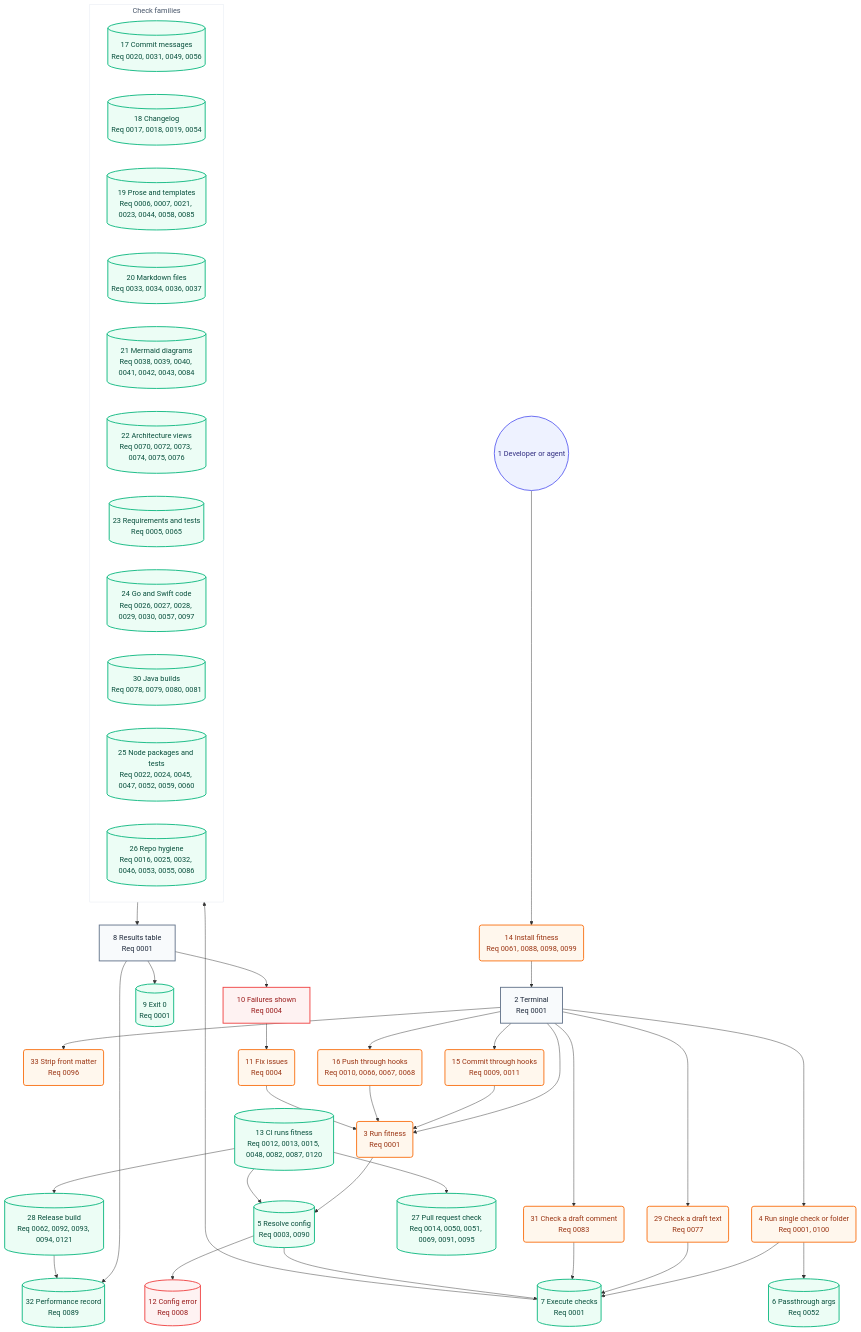
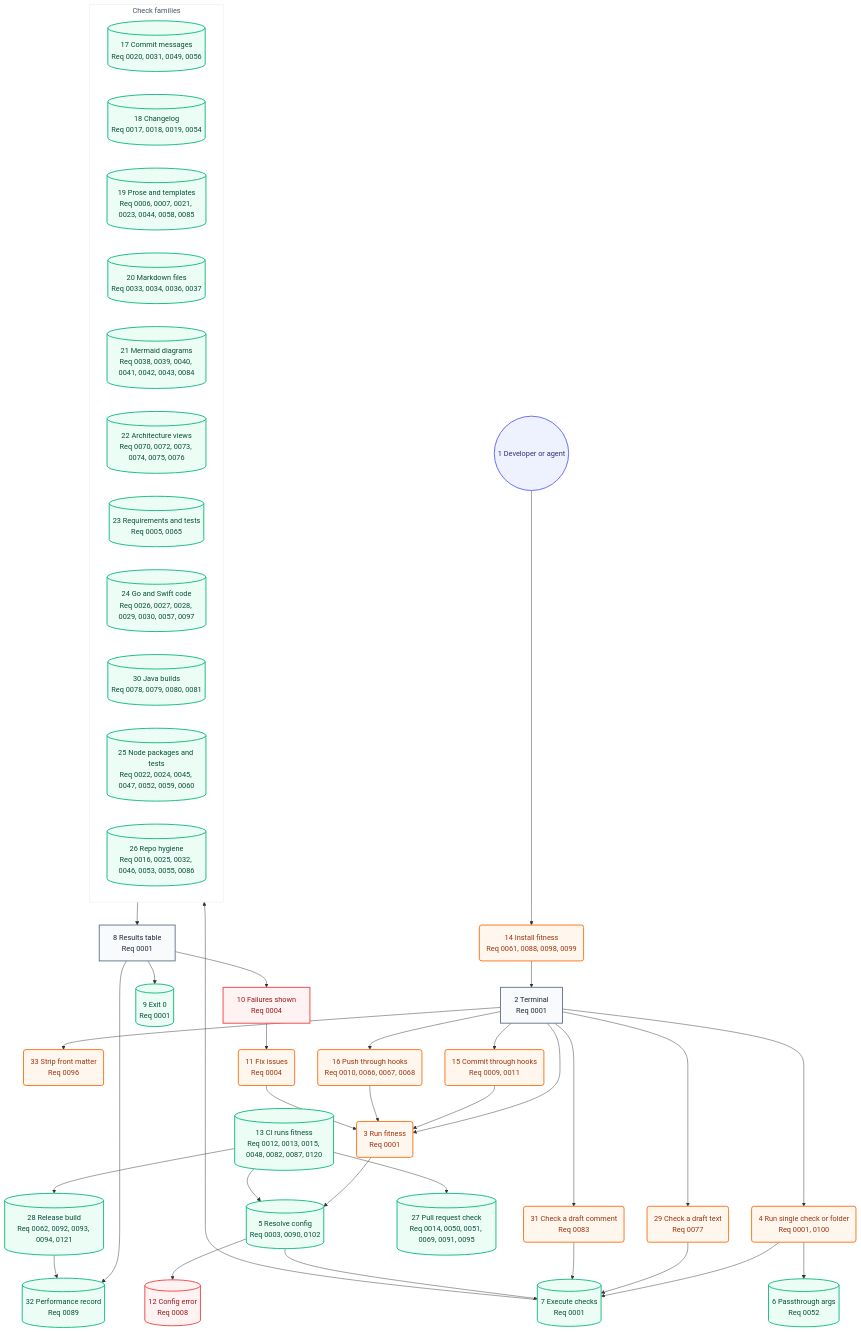
Before and after one commit to may-journal/fitness-runner: the second of 2 diagrams in docs/architecture/05-user-journey.md, drawn with Mermaid. The commit also changed 19 other files, not shown here.

First line of the commit message:
feat(config): add fitness config and fitness config schema (#577)

````diff
--- a/docs/architecture/05-user-journey.md
+++ b/docs/architecture/05-user-journey.md
@@ -40,78 +40,78 @@
 ```mermaid
 flowchart TB
     dev((1 Developer or agent)):::persona
     install(14 Install fitness<br/>Req 0061, 0088, 0098, 0099):::action
     terminal[2 Terminal<br/>Req 0001]:::screen
     runFull(3 Run fitness<br/>Req 0001):::action
     runSingle(4 Run single check or folder<br/>Req 0001, 0100):::action
     runBlob(29 Check a draft text<br/>Req 0077):::action
     runComment(31 Check a draft comment<br/>Req 0083):::action
     stripFront(33 Strip front matter<br/>Req 0096):::action
     commitHook(15 Commit through hooks<br/>Req 0009, 0011):::action
     pushHook(16 Push through hooks<br/>Req 0010, 0066, 0067, 0068):::action
-    resolveConfig[(5 Resolve config<br/>Req 0003, 0090)]:::system
+    resolveConfig[(5 Resolve config<br/>Req 0003, 0090, 0102)]:::system
     passArgs[(6 Passthrough args<br/>Req 0052)]:::system
     executeChecks[(7 Execute checks<br/>Req 0001)]:::system
 
     subgraph checks["Check families"]
         commitChecks[(17 Commit messages<br/>Req 0020, 0031, 0049, 0056)]:::system
         changelogChecks[(18 Changelog<br/>Req 0017, 0018, 0019, 0054)]:::system
         proseChecks[(19 Prose and templates<br/>Req 0006, 0007, 0021, 0023, 0044, 0058, 0085)]:::system
         markdownChecks[(20 Markdown files<br/>Req 0033, 0034, 0036, 0037)]:::system
         mermaidChecks[(21 Mermaid diagrams<br/>Req 0038, 0039, 0040, 0041, 0042, 0043, 0084)]:::system
         architectureChecks[(22 Architecture views<br/>Req 0070, 0072, 0073, 0074, 0075, 0076)]:::system
         requirementChecks[(23 Requirements and tests<br/>Req 0005, 0065)]:::system
         goSwiftChecks[(24 Go and Swift code<br/>Req 0026, 0027, 0028, 0029, 0030, 0057, 0097)]:::system
         javaChecks[(30 Java builds<br/>Req 0078, 0079, 0080, 0081)]:::system
         nodeChecks[(25 Node packages and tests<br/>Req 0022, 0024, 0045, 0047, 0052, 0059, 0060)]:::system
         repoChecks[(26 Repo hygiene<br/>Req 0016, 0025, 0032, 0046, 0053, 0055, 0086)]:::system
     end
 
     resultsTable[8 Results table<br/>Req 0001]:::screen
     exitZero[(9 Exit 0<br/>Req 0001)]:::system
     failuresShown[10 Failures shown<br/>Req 0004]:::blocked
     fixIssues(11 Fix issues<br/>Req 0004):::action
     configError[(12 Config error<br/>Req 0008)]:::blocked
     ciRun[(13 CI runs fitness<br/>Req 0012, 0013, 0015, 0048, 0082, 0087, 0120)]:::system
     prCheck[(27 Pull request check<br/>Req 0014, 0050, 0051, 0069, 0091, 0095)]:::system
     release[(28 Release build<br/>Req 0062, 0092, 0093, 0094, 0121)]:::system
     perfRecord[(32 Performance record<br/>Req 0089)]:::system
 
     dev --> install
     install --> terminal
     terminal --> runFull
     terminal --> runSingle
     terminal --> commitHook
     terminal --> pushHook
     terminal --> runBlob
     terminal --> runComment
     terminal --> stripFront
     commitHook --> runFull
     pushHook --> runFull
     runFull --> resolveConfig
     runSingle --> executeChecks
     runSingle --> passArgs
     runBlob --> executeChecks
     runComment --> executeChecks
     resolveConfig --> executeChecks
     resolveConfig --> configError
     executeChecks --> checks
     checks --> resultsTable
     resultsTable --> exitZero
     resultsTable --> failuresShown
     failuresShown --> fixIssues
     fixIssues --> runFull
     ciRun --> resolveConfig
     ciRun --> prCheck
     ciRun --> release
     resultsTable --> perfRecord
     release --> perfRecord
 
     classDef persona fill:#eef2ff,stroke:#6366f1,color:#312e81,stroke-width:2px
     classDef screen fill:#f8fafc,stroke:#64748b,color:#1e293b,stroke-width:2px
     classDef action fill:#fff7ed,stroke:#f97316,color:#9a3412,stroke-width:2px
     classDef system fill:#ecfdf5,stroke:#10b981,color:#064e3b,stroke-width:2px
     classDef blocked fill:#fef2f2,stroke:#ef4444,color:#991b1b,stroke-width:2px
 
     style checks fill:#ffffff,stroke:#e2e8f0,color:#475569,stroke-width:1px
 ```
````
